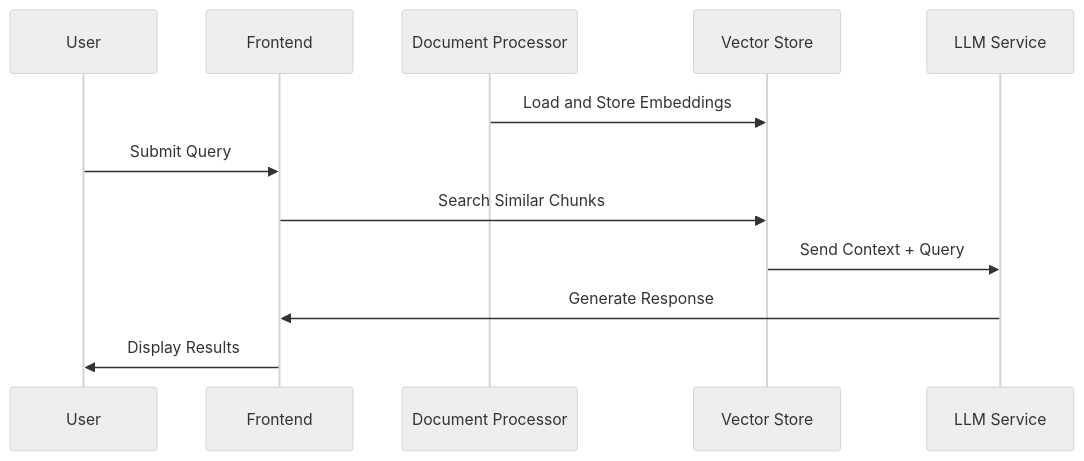
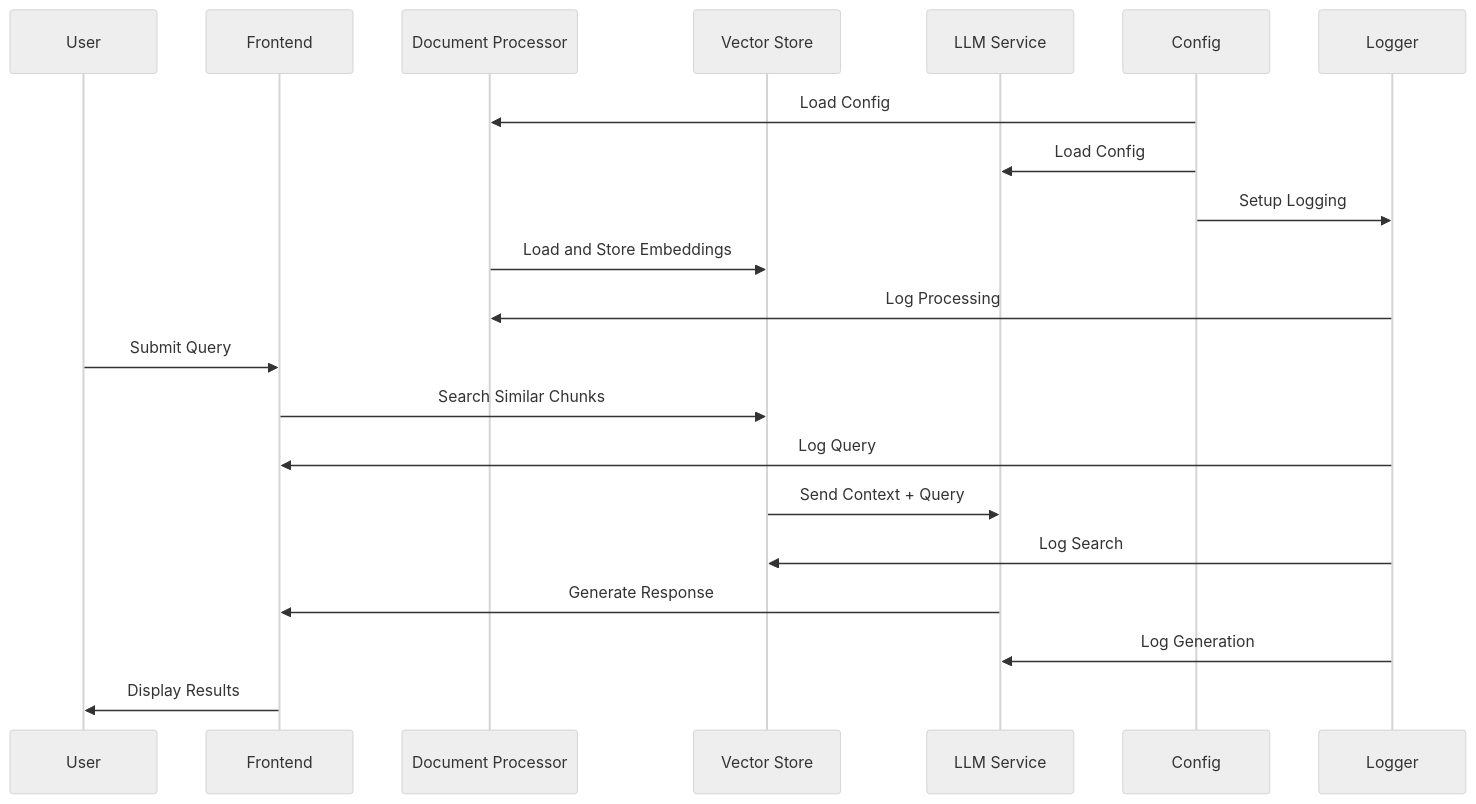
One commit to akhilaraop/job-description-chat changed the second of 2 diagrams in documents/SYSTEM_DESIGN.md. Above: the diagram before and after it, drawn with Mermaid (neutral theme). The commit also changed other lines of this file and 8 other files, not shown here.

Commit message:
added logging, config.yml and updated system and class design

````diff
--- a/documents/SYSTEM_DESIGN.md
+++ b/documents/SYSTEM_DESIGN.md
@@ -74,16 +105,26 @@
 ```mermaid
 sequenceDiagram
     participant U as User
     participant F as Frontend
     participant D as Document Processor
     participant V as Vector Store
     participant L as LLM Service
+    participant C as Config
+    participant G as Logger
 
+    C->>D: Load Config
+    C->>L: Load Config
+    C->>G: Setup Logging
+    
     D->>V: Load and Store Embeddings
+    G->>D: Log Processing
     
     U->>F: Submit Query
     F->>V: Search Similar Chunks
+    G->>F: Log Query
     V->>L: Send Context + Query
+    G->>V: Log Search
     L->>F: Generate Response
+    G->>L: Log Generation
     F->>U: Display Results
 ```
````
